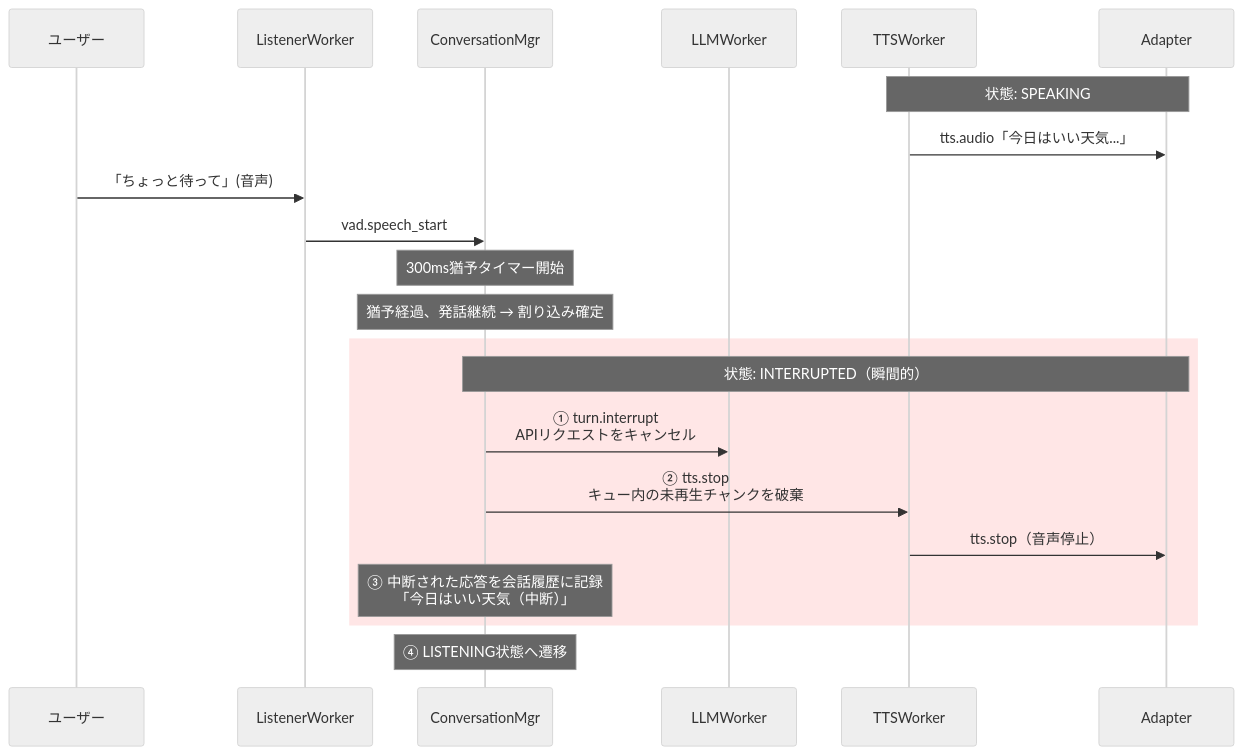
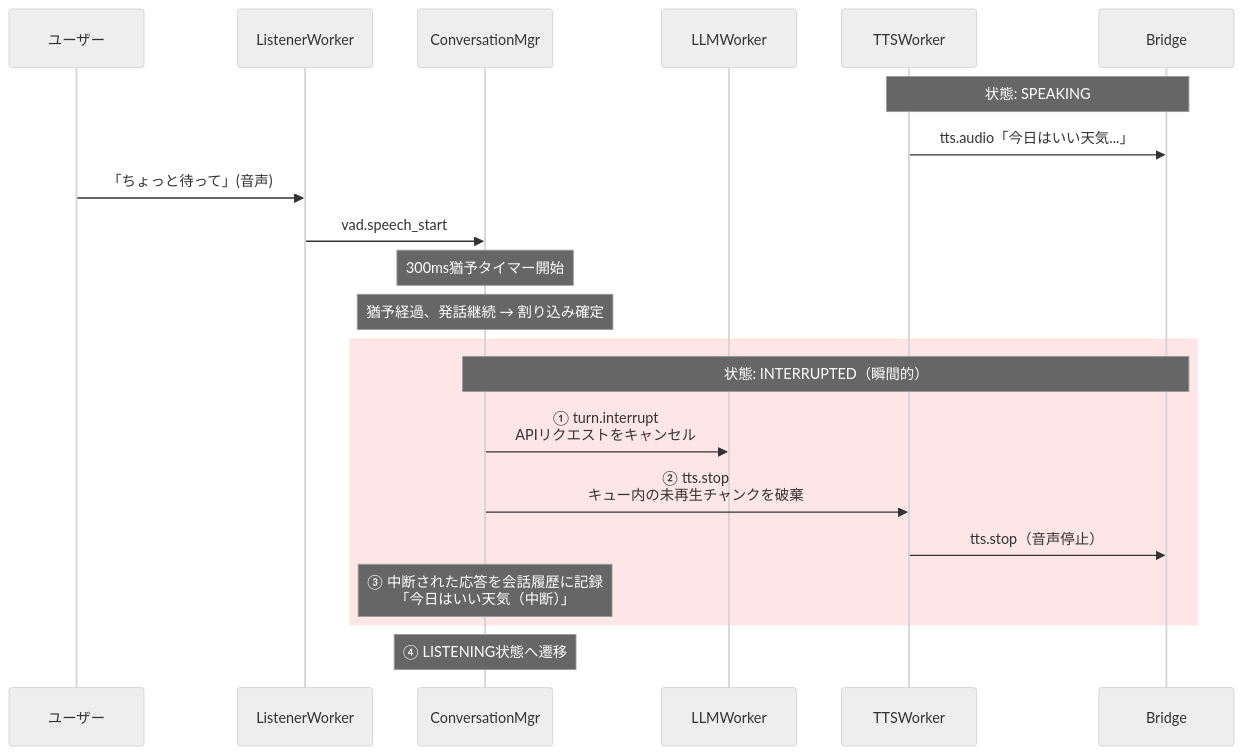
Before and after one commit to miumo6329/ai-avatar-framework: the sixth of 9 diagrams in docs/llm-conversation-design.md, drawn with Mermaid (neutral theme). The commit also changed other lines of this file and 11 other files, not shown here.

````diff
--- a/docs/llm-conversation-design.md
+++ b/docs/llm-conversation-design.md
@@ -251,27 +251,27 @@
 ```mermaid
 sequenceDiagram
     participant User as ユーザー
     participant Listener as ListenerWorker
     participant CM as ConversationMgr
     participant LLM as LLMWorker
     participant TTS as TTSWorker
-    participant Adapter
+    participant Bridge
 
-    Note over TTS, Adapter: 状態: SPEAKING
-    TTS ->> Adapter: tts.audio「今日はいい天気...」
+    Note over TTS, Bridge: 状態: SPEAKING
+    TTS ->> Bridge: tts.audio「今日はいい天気...」
 
     User ->> Listener: 「ちょっと待って」(音声)
     Listener ->> CM: vad.speech_start
     Note over CM: 300ms猶予タイマー開始
     Note over CM: 猶予経過、発話継続 → 割り込み確定
 
     rect rgb(255, 230, 230)
-        Note over CM, Adapter: 状態: INTERRUPTED（瞬間的）
+        Note over CM, Bridge: 状態: INTERRUPTED（瞬間的）
         CM ->> LLM: ① turn.interrupt<br/>APIリクエストをキャンセル
         CM ->> TTS: ② tts.stop<br/>キュー内の未再生チャンクを破棄
-        TTS ->> Adapter: tts.stop（音声停止）
+        TTS ->> Bridge: tts.stop（音声停止）
         Note over CM: ③ 中断された応答を会話履歴に記録<br/>「今日はいい天気（中断）」
     end
 
     Note over CM: ④ LISTENING状態へ遷移
 ```
````
